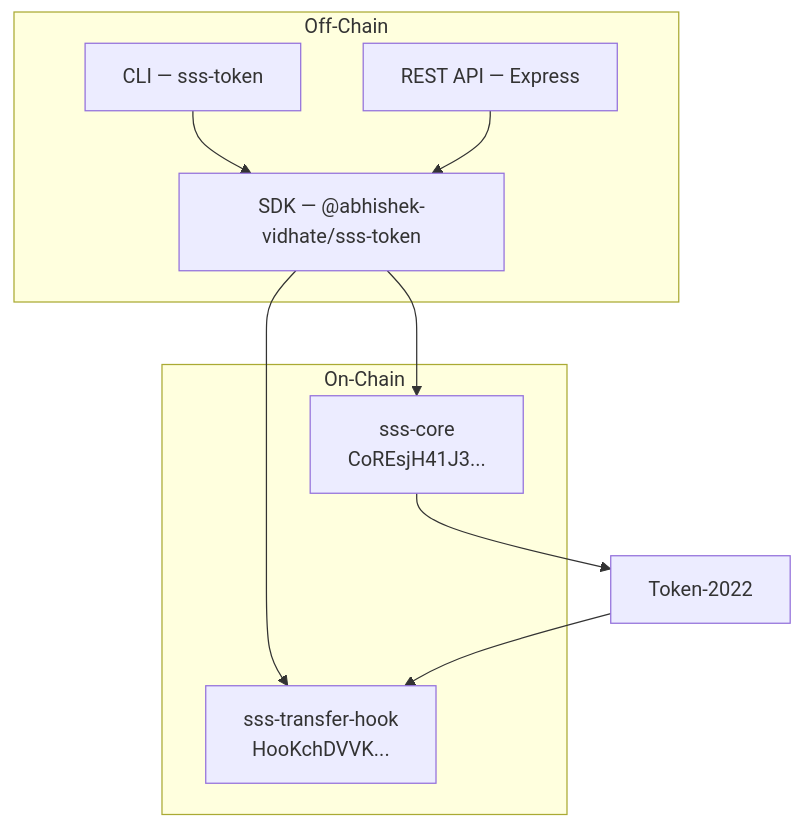
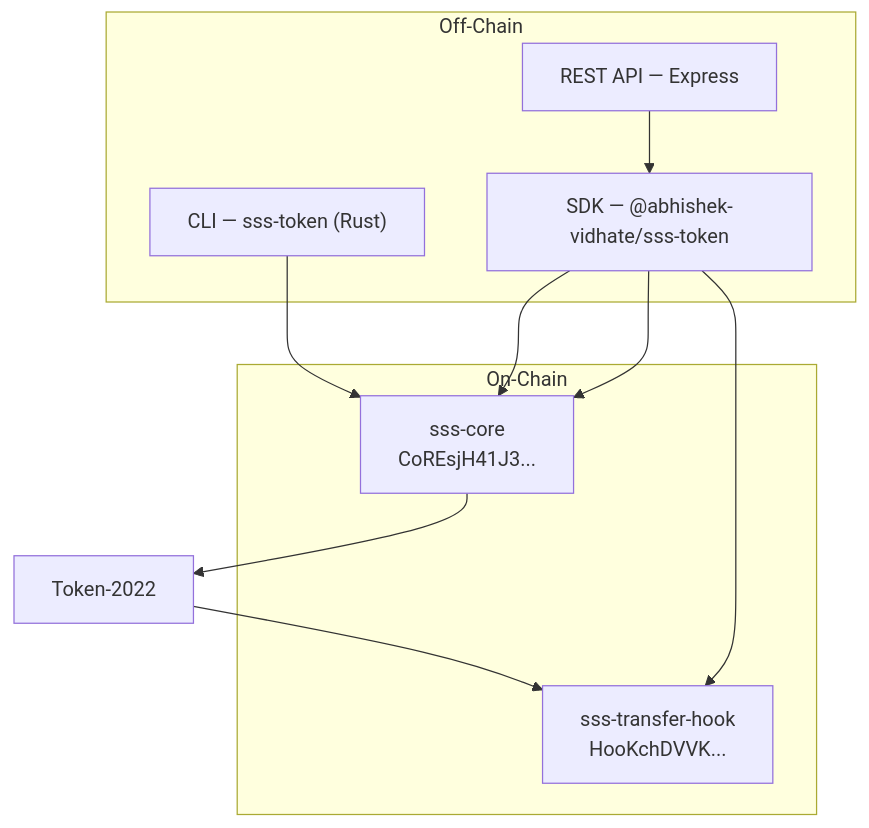
The diagram in README.md (Abhishek-Vidhate/solana-stablecoin-standard), drawn with Mermaid before and after one commit. The commit also changed other lines of this file and 77 other files, not shown here.

Commit message:
Add test report generation (npm run test:report), CU/zero-copy assessment, reporter tooling, oracle tests, and SSS-3; fix report output via .report-requested and cwd Mocha resolution; CLI Rust migration and frontend app.

````diff
--- a/README.md
+++ b/README.md
@@ -5,21 +5,22 @@
 ```mermaid
 graph TD
     subgraph "Off-Chain"
-        CLI["CLI — sss-token"]
+        CLI["CLI — sss-token (Rust)"]
         API["REST API — Express"]
         SDK["SDK — @abhishek-vidhate/sss-token"]
     end
 
-    CLI --> SDK
+    CLI --> Core
     API --> SDK
+    SDK --> Core
 
     subgraph "On-Chain"
         Core["sss-core<br/>CoREsjH41J3..."]
         Hook["sss-transfer-hook<br/>HooKchDVVK..."]
     end
 
     SDK --> Core
     SDK --> Hook
     Core --> T22["Token-2022"]
     T22 --> Hook
 ```
````
